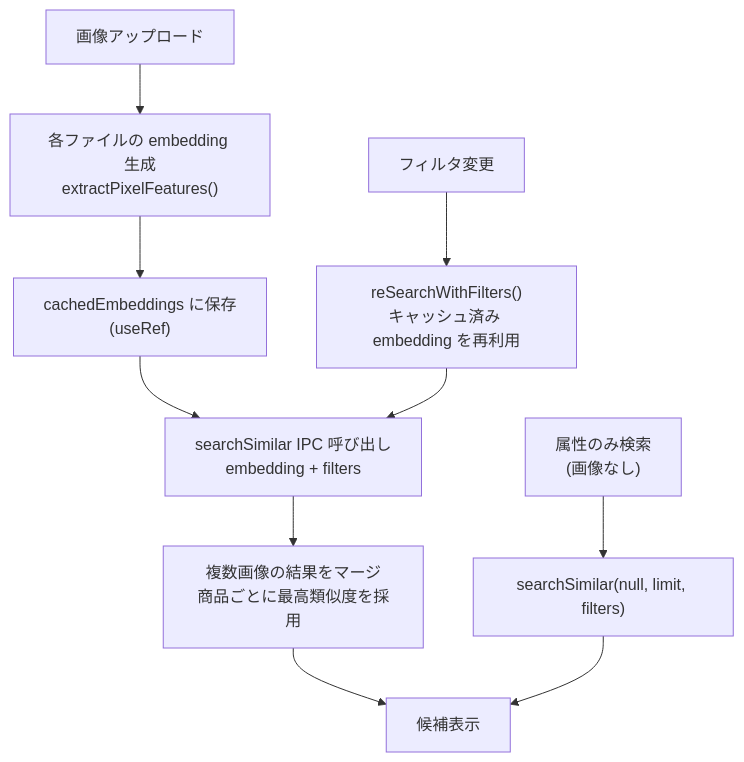
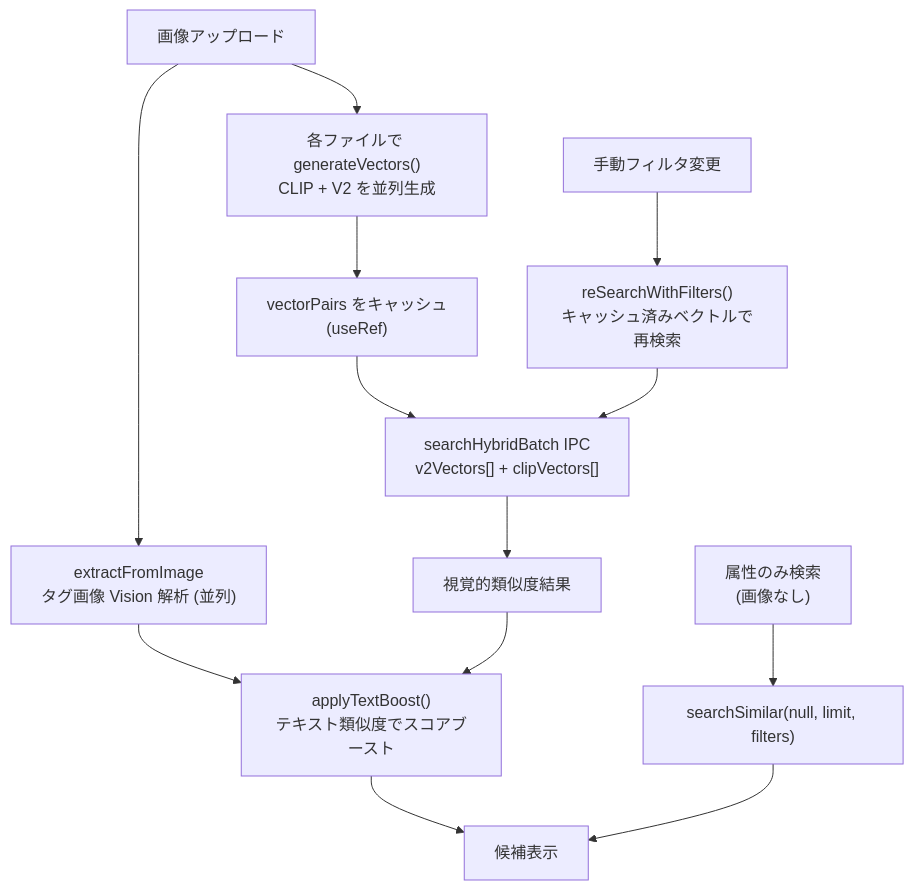
One commit to oimos/SSImageSearch changed the eighth of 9 diagrams in ARCHITECTURE.md. Above: the diagram before and after it, drawn with Mermaid. The commit also changed other lines of this file and 5 other files, not shown here.

First line of the commit message:
docs: ARCHITECTUREドキュメントをハイブリッド検索・テキストブースト仕様に更新

````diff
--- a/ARCHITECTURE.md
+++ b/ARCHITECTURE.md
@@ -548,14 +625,18 @@
 ```mermaid
 flowchart TD
-    Upload["画像アップロード"] --> GenEmbed["各ファイルの embedding 生成<br/>extractPixelFeatures()"]
-    GenEmbed --> Cache["cachedEmbeddings に保存<br/>(useRef)"]
-    Cache --> SearchIPC["searchSimilar IPC 呼び出し<br/>embedding + filters"]
-    SearchIPC --> Merge["複数画像の結果をマージ<br/>商品ごとに最高類似度を採用"]
-    Merge --> Display["候補表示"]
+    Upload["画像アップロード"] --> GenVecs["各ファイルで generateVectors()<br/>CLIP + V2 を並列生成"]
+    GenVecs --> Cache["vectorPairs をキャッシュ<br/>(useRef)"]
+    Cache --> HybridIPC["searchHybridBatch IPC<br/>v2Vectors[] + clipVectors[]"]
+    HybridIPC --> VisualResults["視覚的類似度結果"]
 
-    FilterChange["フィルタ変更"] --> ReSearch["reSearchWithFilters()<br/>キャッシュ済み embedding を再利用"]
-    ReSearch --> SearchIPC
+    Upload --> OCR["extractFromImage<br/>タグ画像 Vision 解析 (並列)"]
+    OCR --> TextBoost["applyTextBoost()<br/>テキスト類似度でスコアブースト"]
+    VisualResults --> TextBoost
+    TextBoost --> Display["候補表示"]
+
+    FilterChange["手動フィルタ変更"] --> ReSearch["reSearchWithFilters()<br/>キャッシュ済みベクトルで再検索"]
+    ReSearch --> HybridIPC
 
     AttrOnly["属性のみ検索<br/>(画像なし)"] --> FilterIPC["searchSimilar(null, limit, filters)"]
     FilterIPC --> Display
 ```
````
